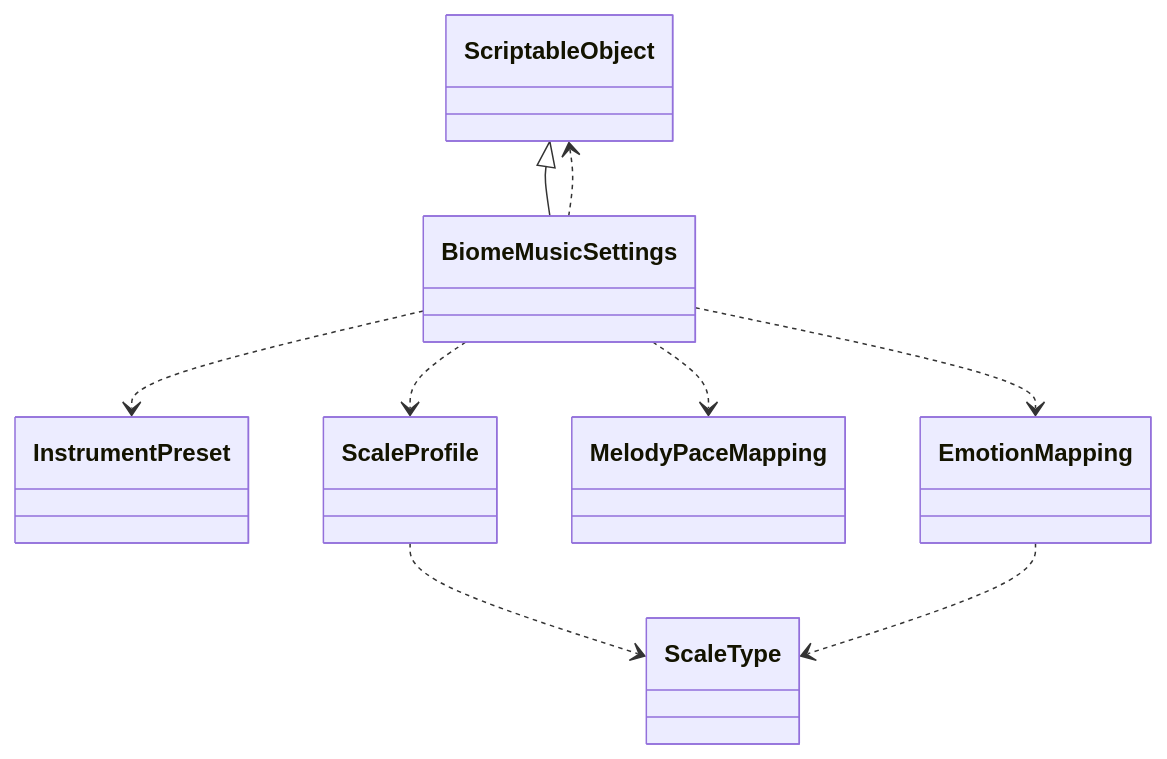
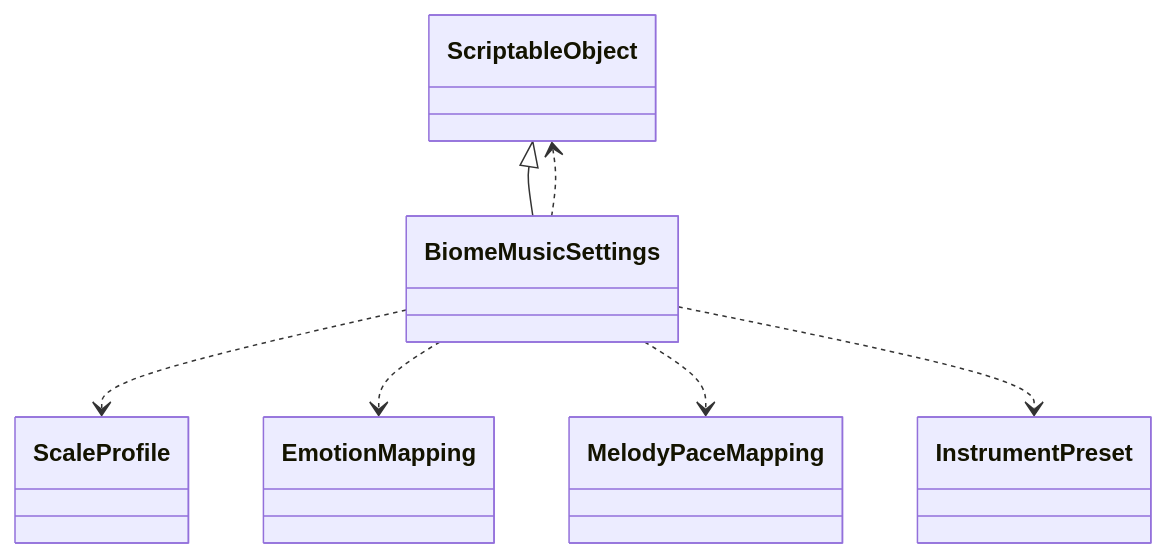
One commit to schnock-art/project_inspector changed diagram 12 of 39 in test/test.md. Above: the diagram before and after it, drawn with Mermaid. The commit also changed other lines of this file and 3 other files, not shown here.

````diff
--- a/test/test.md
+++ b/test/test.md
@@ -357,11 +320,9 @@
 ```mermaid
 classDiagram
 ScriptableObject <|-- BiomeMusicSettings
+BiomeMusicSettings ..> ScriptableObject
+BiomeMusicSettings ..> ScaleProfile
+BiomeMusicSettings ..> EmotionMapping
+BiomeMusicSettings ..> MelodyPaceMapping
 BiomeMusicSettings ..> InstrumentPreset
-BiomeMusicSettings ..> EmotionMapping
-BiomeMusicSettings ..> ScriptableObject
-BiomeMusicSettings ..> MelodyPaceMapping
-BiomeMusicSettings ..> ScaleProfile
-ScaleProfile ..> ScaleType
-EmotionMapping ..> ScaleType
 ```
````
